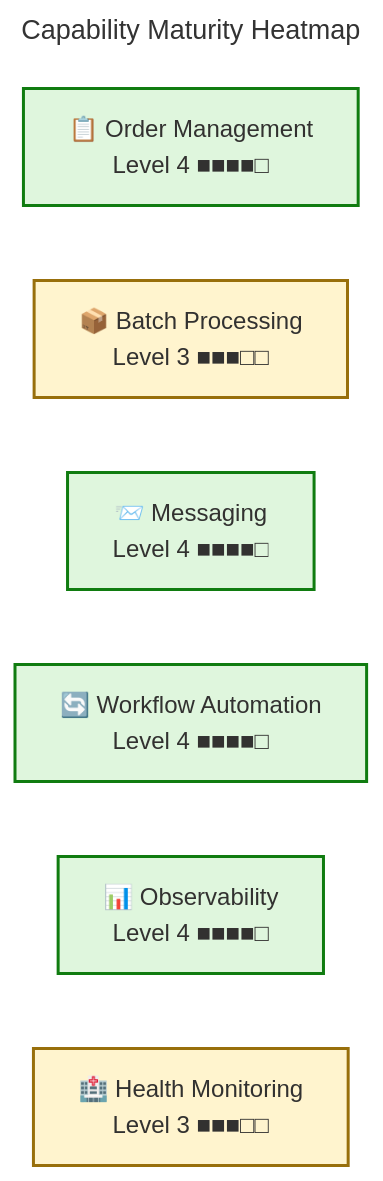
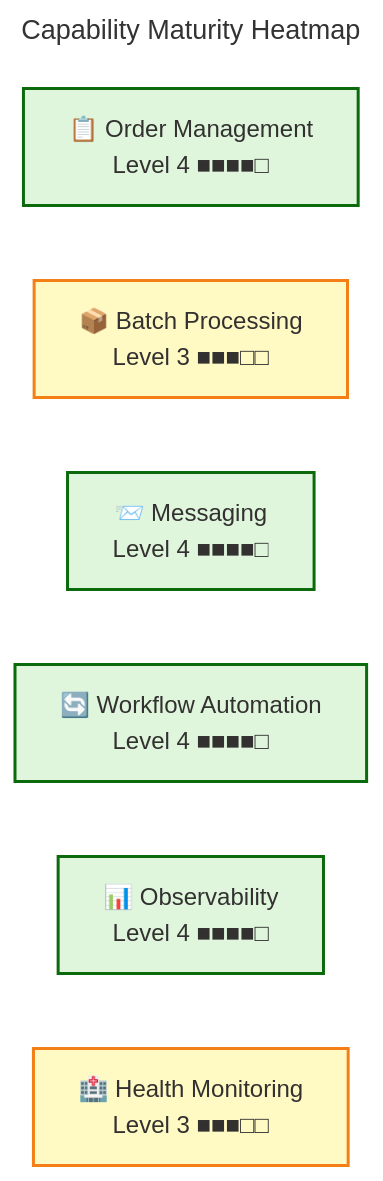
The sixth of 13 diagrams in docs/architecture/Business-Layer-Architecture.md (Evilazaro/Azure-LogicApps-Monitoring), drawn with Mermaid before and after one commit. The commit also changed other lines of this file and 3 other files, not shown here.

Commit message:
docs: update color definitions in architecture diagrams for improved clarity and consistency

````diff
--- a/docs/architecture/Business-Layer-Architecture.md
+++ b/docs/architecture/Business-Layer-Architecture.md
@@ -505,33 +505,33 @@
 ```mermaid
 ---
 title: "Capability Maturity Heatmap"
 config:
   theme: base
   themeVariables:
     fontSize: '16px'
 ---
 graph LR
     accTitle: Capability Maturity Heatmap
     accDescr: Shows current maturity levels for 6 business capabilities with color-coded status indicating Defined or Measured maturity
 
     %% ═══════════════════════════════════════════════════════════════
     %% AZURE / FLUENT ARCHITECTURE PATTERN v1.1
     %% Generated: 2026-02-18T10:30:00Z
     %% Layer: Business
     %% Components: 6
     %% Semantic classes: 2/5 used (mature, defined)
     %% ═══════════════════════════════════════════════════════════════
 
     m1["📋 Order Management<br/>Level 4 ■■■■□"]
     m2["📦 Batch Processing<br/>Level 3 ■■■□□"]
     m3["📨 Messaging<br/>Level 4 ■■■■□"]
     m4["🔄 Workflow Automation<br/>Level 4 ■■■■□"]
     m5["📊 Observability<br/>Level 4 ■■■■□"]
     m6["🏥 Health Monitoring<br/>Level 3 ■■■□□"]
 
-    classDef mature fill:#DFF6DD,stroke:#107C10,stroke-width:2px,color:#323130
-    classDef defined fill:#FFF4CE,stroke:#986F0B,stroke-width:2px,color:#323130
+    classDef mature fill:#DFF6DD,stroke:#0B6A0B,stroke-width:2px,color:#323130
+    classDef defined fill:#FFF9C4,stroke:#F57F17,stroke-width:2px,color:#323130
 
     class m1,m3,m4,m5 mature
     class m2,m6 defined
 ```
````
